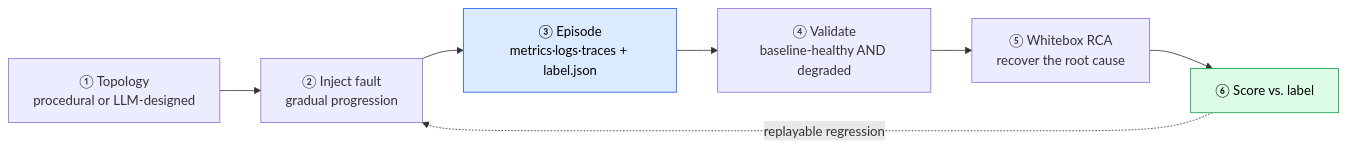
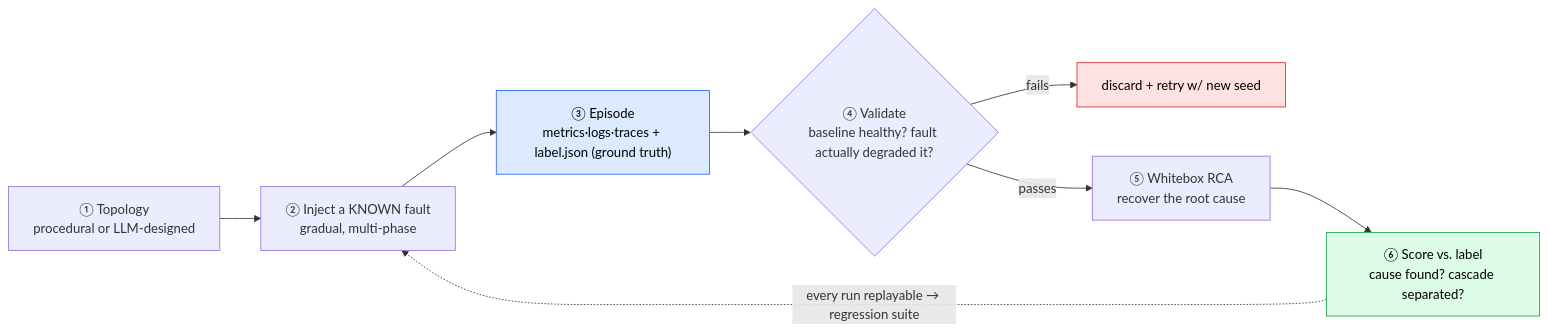
The diagram in posts/linkedin.md (4sgupta828/samba), drawn with Mermaid before and after one commit. The commit also changed other lines of this file, not shown here.

````diff
--- a/posts/linkedin.md
+++ b/posts/linkedin.md
@@ -23,11 +27,13 @@
 ```mermaid
 flowchart LR
-    T["① Topology<br/>procedural or LLM-designed"] --> S["② Inject fault<br/>gradual progression"]
-    S --> E["③ Episode<br/>metrics·logs·traces + label.json"]
-    E --> V["④ Validate<br/>baseline-healthy AND degraded"]
-    V --> R["⑤ Whitebox RCA<br/>recover the root cause"]
-    R --> SC["⑥ Score vs. label"]
-    SC -. replayable regression .-> S
+    T["① Topology<br/>procedural or LLM-designed"] --> S["② Inject a KNOWN fault<br/>gradual, multi-phase"]
+    S --> E["③ Episode<br/>metrics·logs·traces + label.json (ground truth)"]
+    E --> V{"④ Validate<br/>baseline healthy? fault actually degraded it?"}
+    V -->|fails| RETRY["discard + retry w/ new seed"]
+    V -->|passes| R["⑤ Whitebox RCA<br/>recover the root cause"]
+    R --> SC["⑥ Score vs. label<br/>cause found? cascade separated?"]
+    SC -. "every run replayable → regression suite" .-> S
     style E fill:#dbeafe,stroke:#2563eb,color:#000
     style SC fill:#dcfce7,stroke:#16a34a,color:#000
+    style RETRY fill:#fee2e2,stroke:#dc2626,color:#000
 ```
````
